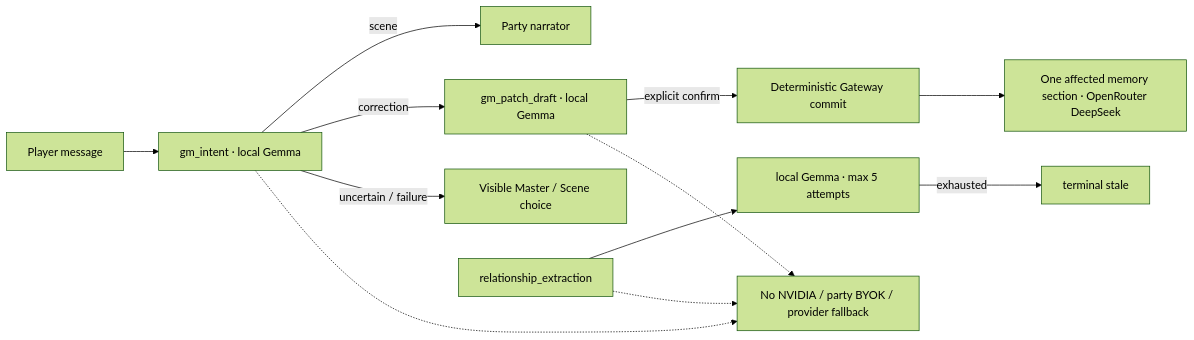
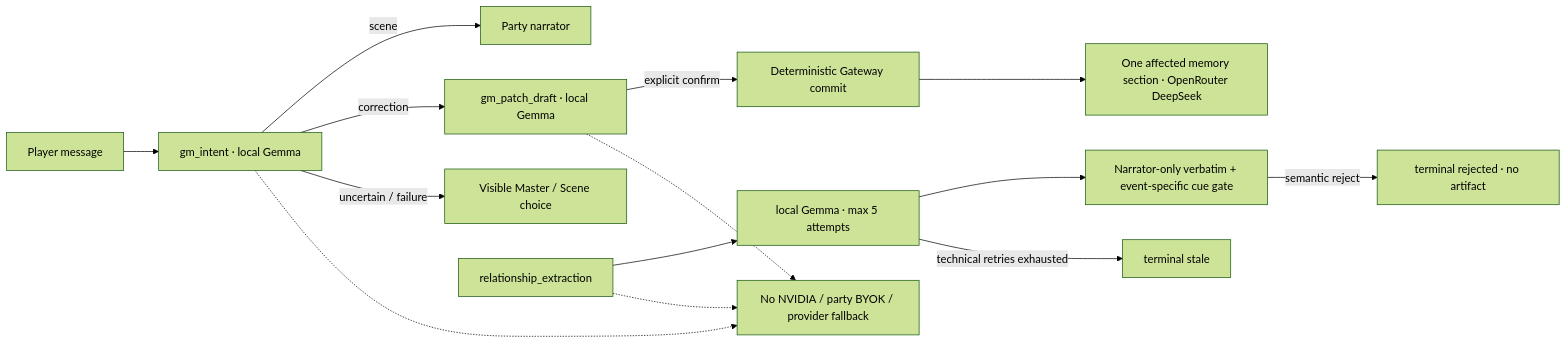
The fourth of 4 diagrams in docs/wiki/06-models-and-providers.md (abykovwww-byte/ubuntu_ansible_palybooks), drawn with Mermaid (forest theme) before and after one commit. The commit also changed other lines of this file and 9 other files, not shown here.

````diff
--- a/docs/wiki/06-models-and-providers.md
+++ b/docs/wiki/06-models-and-providers.md
@@ -188,14 +188,16 @@
 ```mermaid
 flowchart LR
     U["Player message"] --> I["gm_intent · local Gemma"]
     I -->|"scene"| N["Party narrator"]
     I -->|"correction"| D["gm_patch_draft · local Gemma"]
     I -->|"uncertain / failure"| C["Visible Master / Scene choice"]
     D -->|"explicit confirm"| S["Deterministic Gateway commit"]
     S --> M["One affected memory section · OpenRouter DeepSeek"]
     R["relationship_extraction"] --> L["local Gemma · max 5 attempts"]
-    L -->|"exhausted"| T["terminal stale"]
+    L --> G["Narrator-only verbatim + event-specific cue gate"]
+    G -->|"semantic reject"| J["terminal rejected · no artifact"]
+    L -->|"technical retries exhausted"| T["terminal stale"]
     I -.-> X["No NVIDIA / party BYOK / provider fallback"]
     D -.-> X
     R -.-> X
 ```
````
